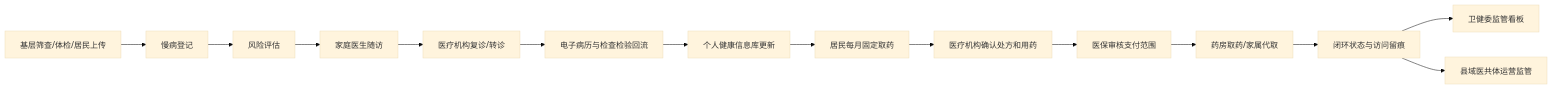
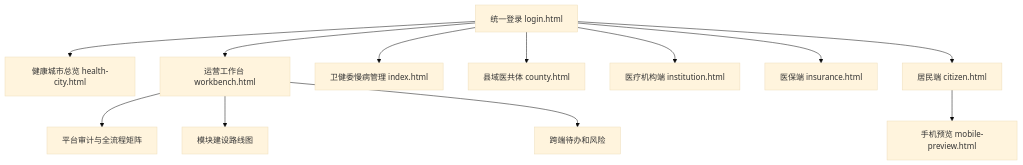
Before and after one commit to xujiann/chronic-care-platform: the first of 3 diagrams in docs/system-flow.md, drawn with Mermaid (base theme). The commit also changed other lines of this file and 7 other files, not shown here.

````diff
--- a/docs/system-flow.md
+++ b/docs/system-flow.md
@@ -59,16 +9,15 @@
 ```mermaid
-flowchart LR
-  Screening["基层筛查/体检/居民上传"] --> Register["慢病登记"]
-  Register --> Risk["风险评估"]
-  Risk --> Followup["家庭医生随访"]
-  Followup --> Referral["医疗机构复诊/转诊"]
-  Referral --> EMR["电子病历与检查检验回流"]
-  EMR --> Archive["个人健康信息库更新"]
-  Archive --> Pickup["居民每月固定取药"]
-  Pickup --> InstitutionReview["医疗机构确认处方和用药"]
-  InstitutionReview --> InsuranceReview["医保审核支付范围"]
-  InsuranceReview --> Pharmacy["药房取药/家属代取"]
-  Pharmacy --> Audit["闭环状态与访问留痕"]
-  Audit --> Commission["卫健委监管看板"]
-  Audit --> County["县域医共体运营监管"]
+flowchart TB
+  Login["统一登录 login.html"] --> City["健康城市总览 health-city.html"]
+  Login --> Workbench["运营工作台 workbench.html"]
+  Login --> Chronic["卫健委慢病管理 index.html"]
+  Login --> County["县域医共体 county.html"]
+  Login --> Institution["医疗机构端 institution.html"]
+  Login --> Insurance["医保端 insurance.html"]
+  Login --> Citizen["居民端 citizen.html"]
+  Citizen --> Mobile["手机预览 mobile-preview.html"]
+
+  Workbench --> Audit["平台审计与全流程矩阵"]
+  Workbench --> Roadmap["模块建设路线图"]
+  Workbench --> Tasks["跨端待办和风险"]
 ```
````
